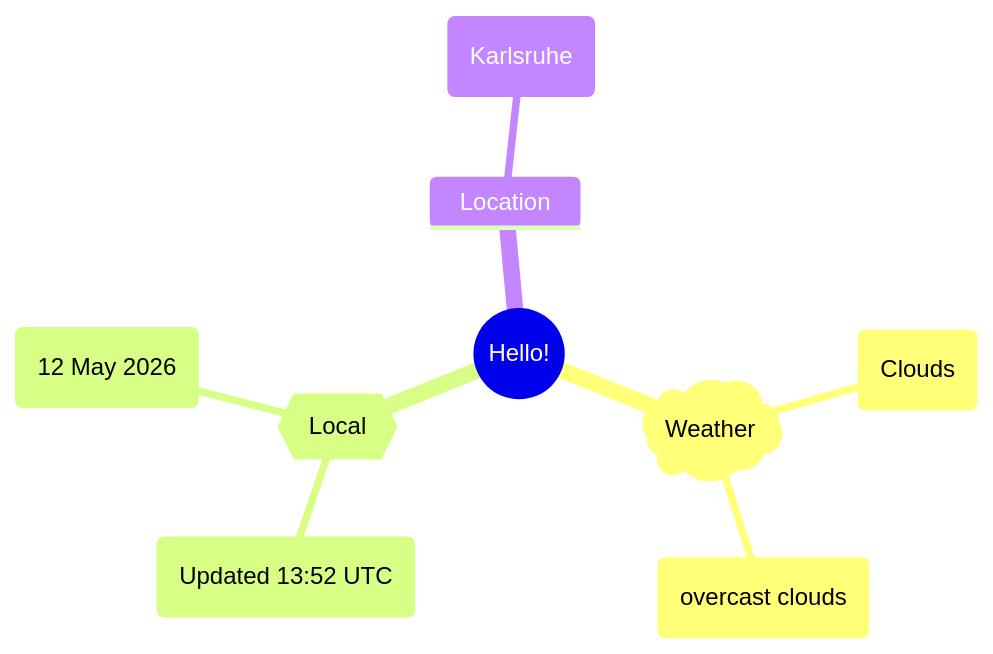
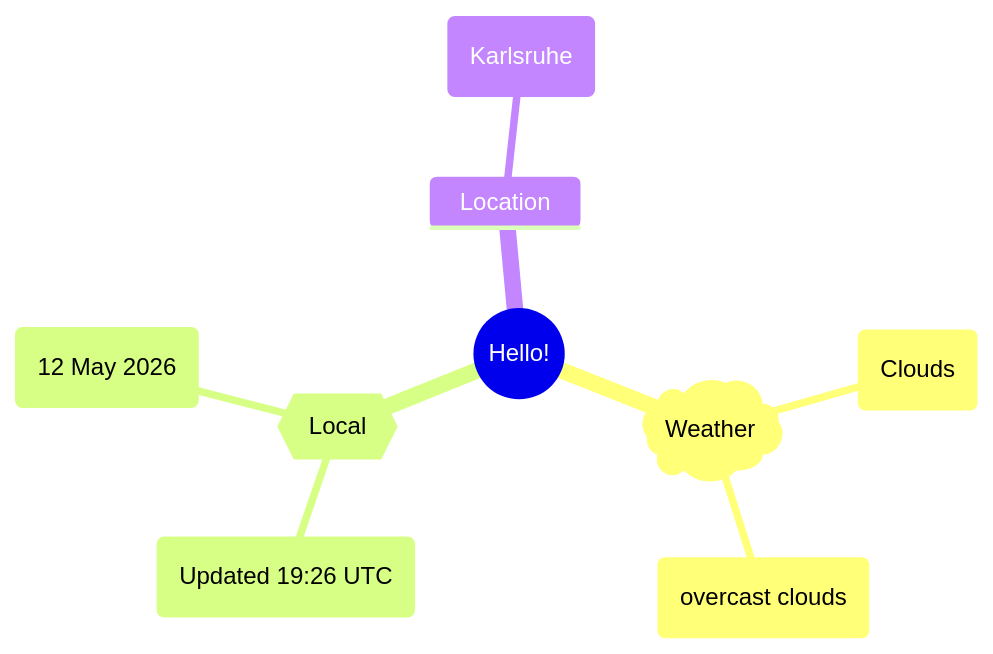
The first of 2 diagrams in README.md (Xosrov/Xosrov), drawn with Mermaid before and after one commit.

Commit message:
[bot] updated images

````diff
--- a/README.md
+++ b/README.md
@@ -3,12 +3,12 @@
 ```mermaid
 mindmap
   root((Hello!))
     )Weather(
         (Clouds)
         (overcast clouds)
     {{Local}}
-        (Updated 13:52 UTC)
+        (Updated 19:26 UTC)
         (12 May 2026)
     Location
         (Karlsruhe)
 ```
````
